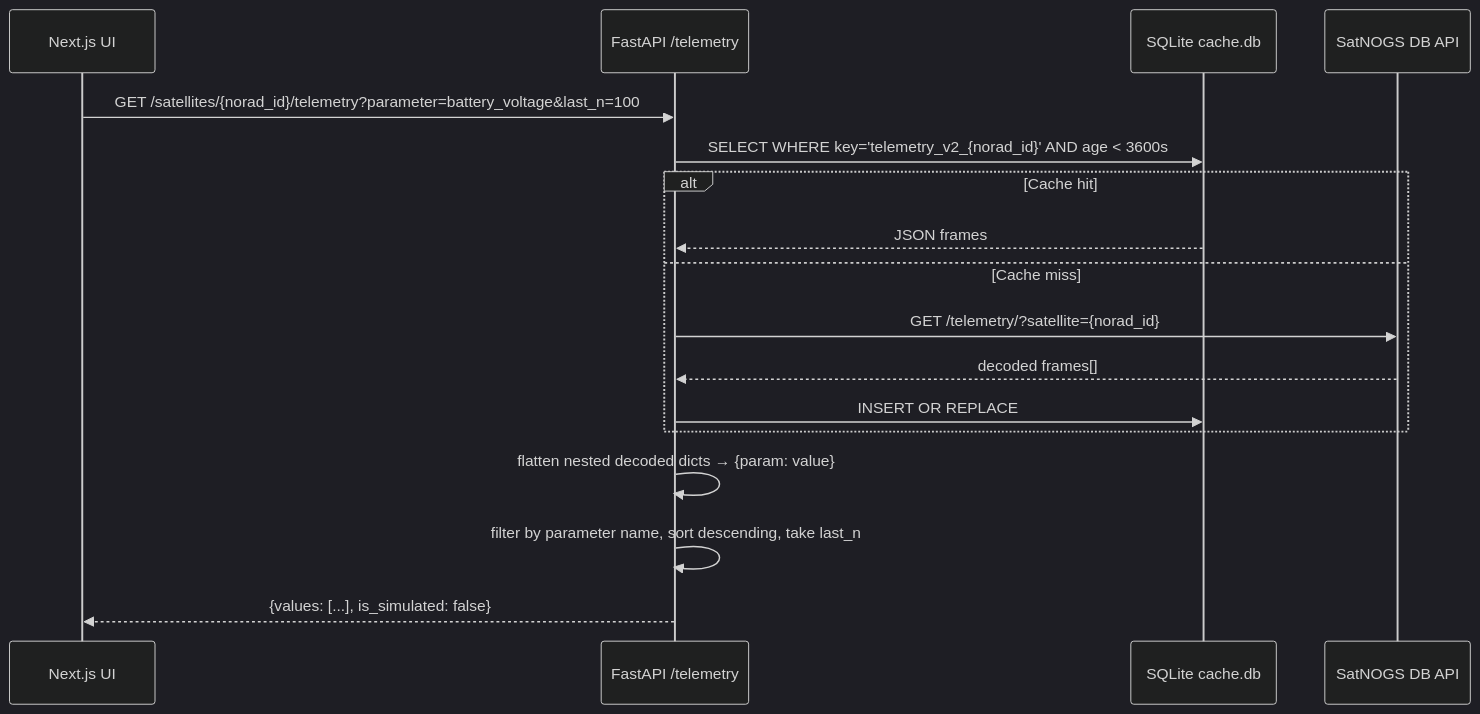
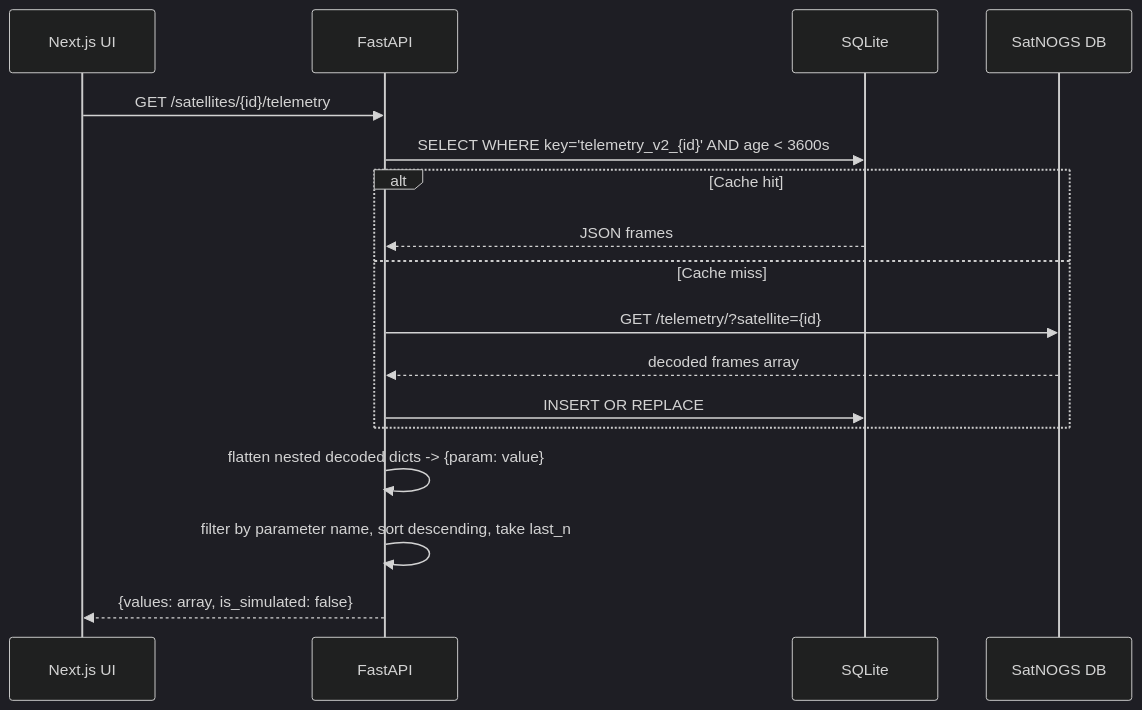
One commit to yoohooshantanu/Downlink changed the second of 9 diagrams in README.md. Above: the diagram before and after it, drawn with Mermaid (dark theme). The commit also changed other lines of this file, not shown here.

Commit message:
docs: fix Mermaid syntax errors preventing GitHub rendering

````diff
--- a/README.md
+++ b/README.md
@@ -94,20 +94,20 @@
 ```mermaid
 sequenceDiagram
     participant UI as Next.js UI
-    participant API as FastAPI /telemetry
-    participant Cache as SQLite cache.db
-    participant SatNOGS as SatNOGS DB API
+    participant API as FastAPI
+    participant Cache as SQLite
+    participant SatNOGS as SatNOGS DB
 
-    UI->>API: GET /satellites/{norad_id}/telemetry?parameter=battery_voltage&last_n=100
-    API->>Cache: SELECT WHERE key='telemetry_v2_{norad_id}' AND age < 3600s
+    UI->>API: GET /satellites/{id}/telemetry
+    API->>Cache: SELECT WHERE key='telemetry_v2_{id}' AND age < 3600s
     alt Cache hit
         Cache-->>API: JSON frames
     else Cache miss
-        API->>SatNOGS: GET /telemetry/?satellite={norad_id}
-        SatNOGS-->>API: decoded frames[]
+        API->>SatNOGS: GET /telemetry/?satellite={id}
+        SatNOGS-->>API: decoded frames array
         API->>Cache: INSERT OR REPLACE
     end
-    API->>API: flatten nested decoded dicts → {param: value}
+    API->>API: flatten nested decoded dicts -> {param: value}
     API->>API: filter by parameter name, sort descending, take last_n
-    API-->>UI: {values: [...], is_simulated: false}
+    API-->>UI: {values: array, is_simulated: false}
 ```
````
